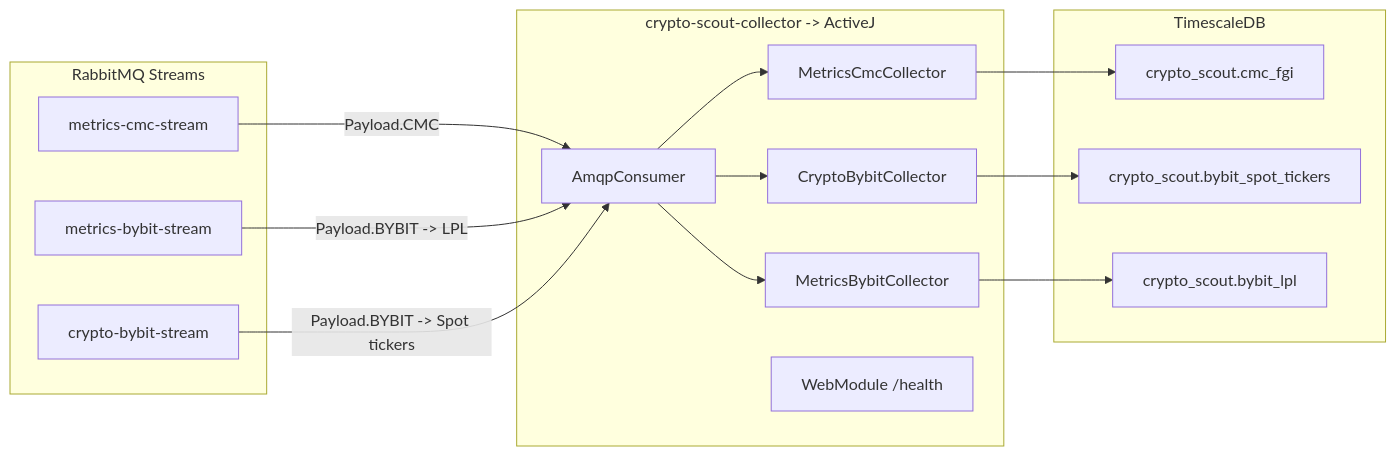
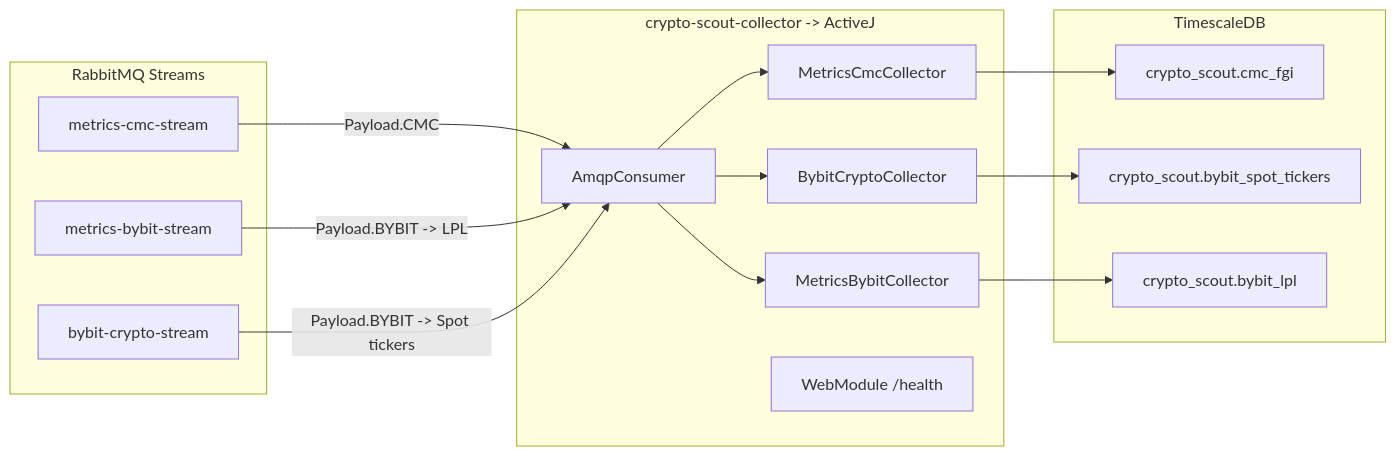
The diagram in README.md (akarazhev/crypto-scout-collector), drawn with Mermaid before and after one commit. The commit also changed other lines of this file and 2 other files, not shown here.

Commit message:
Renamed crypto collector to bybit crypto collector

````diff
--- a/README.md
+++ b/README.md
@@ -21,26 +21,26 @@
 ```mermaid
 flowchart LR
     subgraph RabbitMQ[ RabbitMQ Streams ]
         S1[metrics-cmc-stream]
         S2[metrics-bybit-stream]
-        S3[crypto-bybit-stream]
+        S3[bybit-crypto-stream]
     end
 
     subgraph App[crypto-scout-collector -> ActiveJ]
         A1[AmqpConsumer]
         A2[MetricsCmcCollector]
         A3[MetricsBybitCollector]
-        A4[CryptoBybitCollector]
+        A4[BybitCryptoCollector]
         W[WebModule /health]
     end
 
     subgraph DB[TimescaleDB]
         T1[crypto_scout.cmc_fgi]
         T2[crypto_scout.bybit_spot_tickers]
         T3[crypto_scout.bybit_lpl]
     end
 
     S1 -->|Payload.CMC| A1 --> A2 --> T1
     S2 -->|Payload.BYBIT -> LPL| A1 --> A3 --> T3
     S3 -->|Payload.BYBIT -> Spot tickers| A1 --> A4 --> T2
 ```
````
